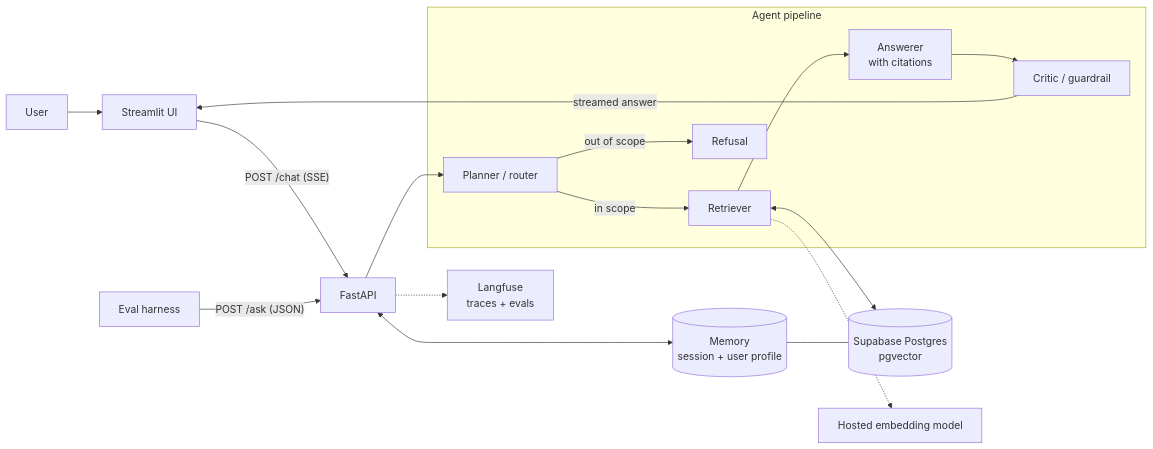
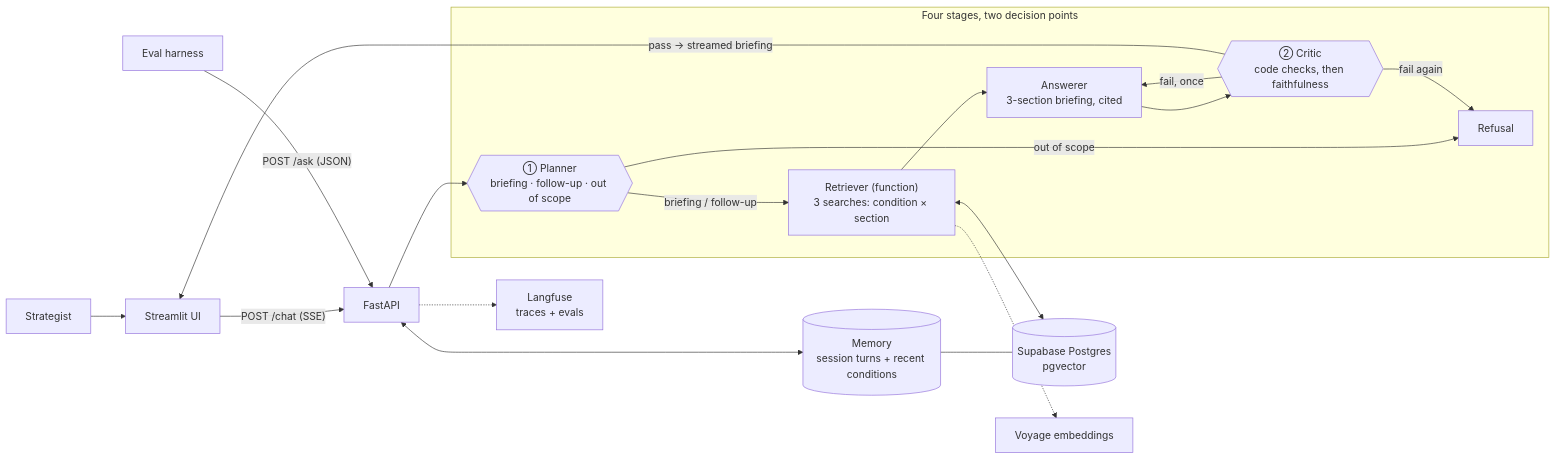
Before and after one commit to sandeepjunaghare/FDErun: the diagram in README.md, drawn with Mermaid. The commit also changed other lines of this file and 5 other files, not shown here.

First line of the commit message:
docs: document condition briefing in README and one-pager — GitHub

````diff
--- a/README.md
+++ b/README.md
@@ -15,19 +19,21 @@
 ```mermaid
 flowchart LR
-    U[User] --> UI[Streamlit UI]
+    U[Strategist] --> UI[Streamlit UI]
     UI -- "POST /chat (SSE)" --> API[FastAPI]
     EV[Eval harness] -- "POST /ask (JSON)" --> API
-    subgraph Pipeline [Agent pipeline]
-        P[Planner / router] -->|in scope| R[Retriever]
+    subgraph Pipeline [Four stages, two decision points]
+        P{{"① Planner<br/>briefing · follow-up · out of scope"}} -->|briefing / follow-up| R["Retriever (function)<br/>3 searches: condition × section"]
         P -->|out of scope| X[Refusal]
-        R --> A[Answerer<br/>with citations]
-        A --> C[Critic / guardrail]
+        R --> A[Answerer<br/>3-section briefing, cited]
+        A --> C{{"② Critic<br/>code checks, then faithfulness"}}
+        C -->|fail, once| A
+        C -->|fail again| X
     end
     API --> P
-    C -- streamed answer --> UI
+    C -- "pass → streamed briefing" --> UI
     R <--> DB[(Supabase Postgres<br/>pgvector)]
-    API <--> M[(Memory<br/>session + user profile)]
+    API <--> M[(Memory<br/>session turns + recent conditions)]
     M --- DB
-    R -.-> E[Hosted embedding model]
+    R -.-> E[Voyage embeddings]
     API -.-> L[Langfuse<br/>traces + evals]
 ```
````
